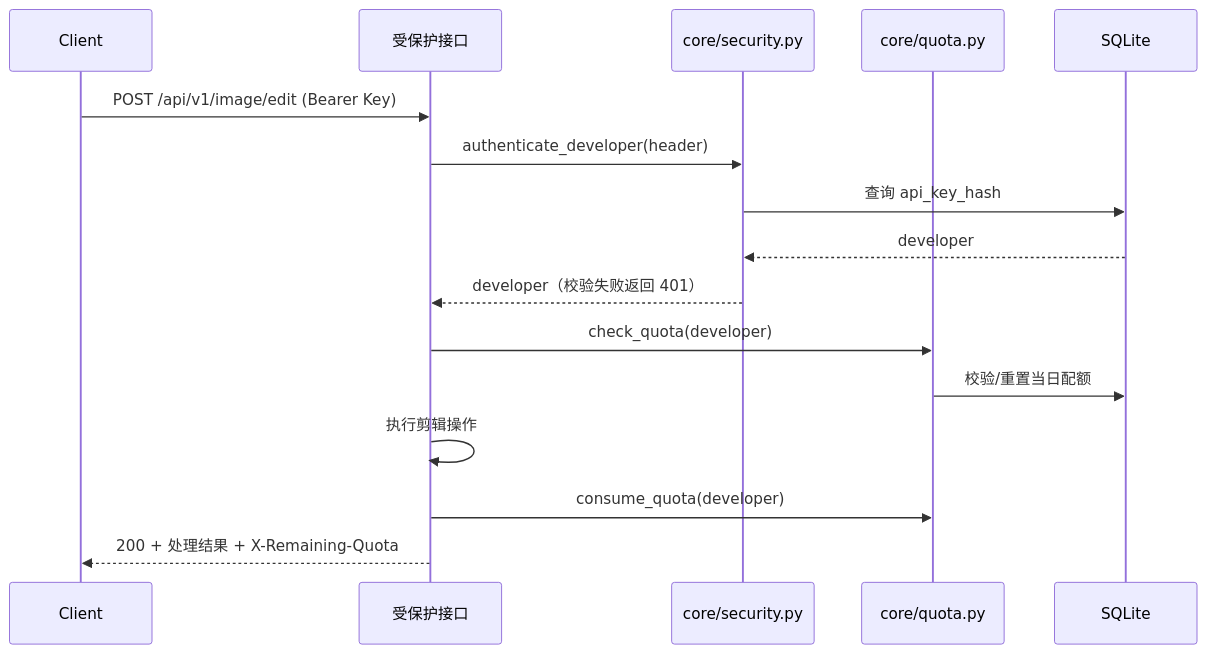
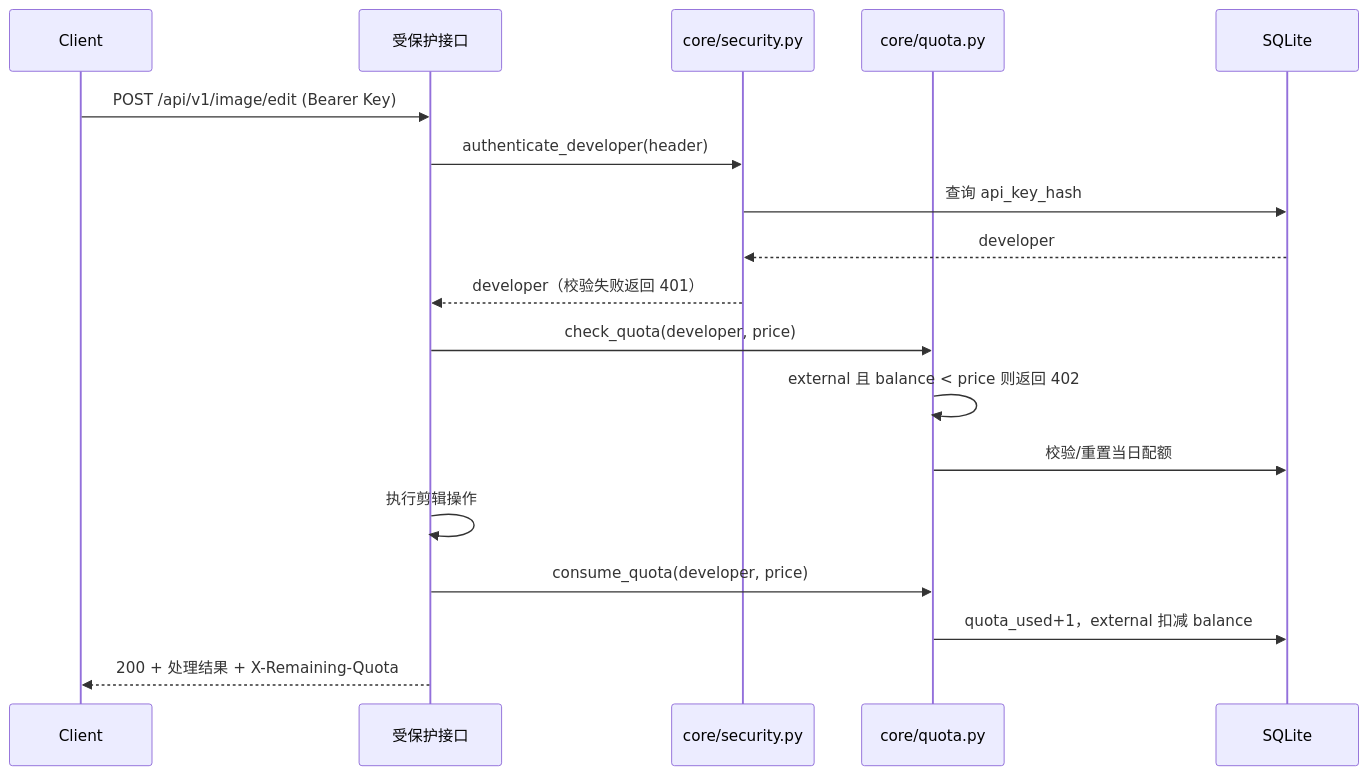
Before and after one commit to talleylinjg-ops/MediaCut: the third of 3 diagrams in .monkeycode/docs/ARCHITECTURE.md, drawn with Mermaid. The commit also changed other lines of this file and 30 other files, not shown here.

````diff
--- a/.monkeycode/docs/ARCHITECTURE.md
+++ b/.monkeycode/docs/ARCHITECTURE.md
@@ -187,19 +193,21 @@
 ```mermaid
 sequenceDiagram
     participant Client
     participant API as 受保护接口
     participant Auth as core/security.py
     participant Quota as core/quota.py
     participant DB as SQLite
 
     Client->>API: POST /api/v1/image/edit (Bearer Key)
     API->>Auth: authenticate_developer(header)
     Auth->>DB: 查询 api_key_hash
     DB-->>Auth: developer
     Auth-->>API: developer（校验失败返回 401）
-    API->>Quota: check_quota(developer)
+    API->>Quota: check_quota(developer, price)
+    Quota->>Quota: external 且 balance < price 则返回 402
     Quota->>DB: 校验/重置当日配额
     API->>API: 执行剪辑操作
-    API->>Quota: consume_quota(developer)
+    API->>Quota: consume_quota(developer, price)
+    Quota->>DB: quota_used+1，external 扣减 balance
     API-->>Client: 200 + 处理结果 + X-Remaining-Quota
 ```
````
